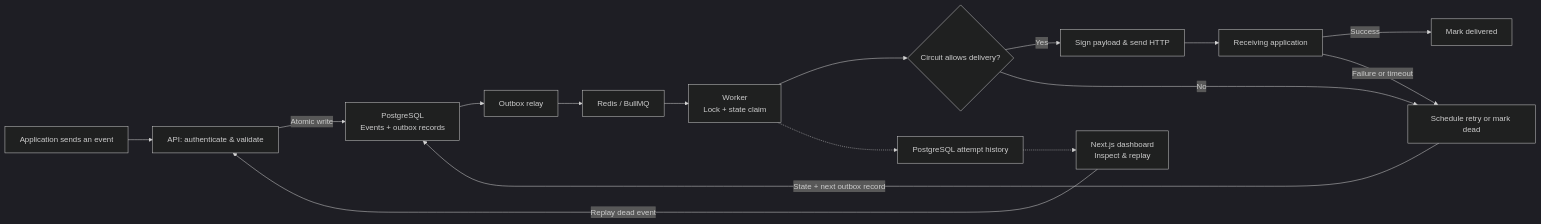
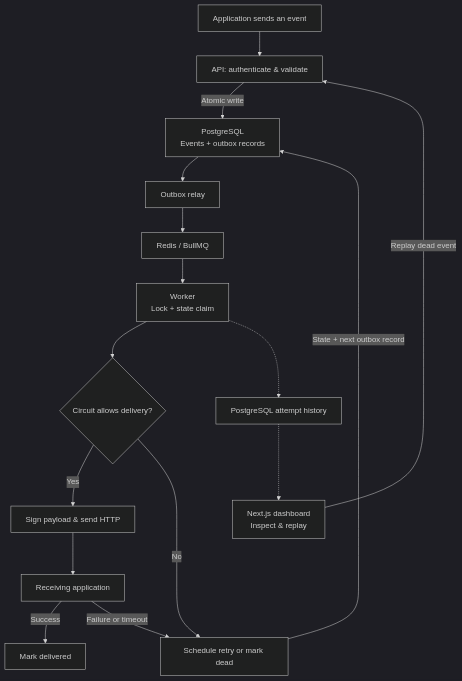
Before and after one commit to Lalithsha/ReHook: the diagram in README.md, drawn with Mermaid (dark theme). The commit also changed other lines of this file and 5 other files, not shown here.

Commit message:
docs: add readable delivery overview and expandable architecture

````diff
--- a/README.md
+++ b/README.md
@@ -107,18 +114,18 @@
 ```mermaid
-flowchart LR
+flowchart TD
     APP["Application sends an event"] --> API["API: authenticate & validate"]
     API -->|Atomic write| TX["PostgreSQL<br/>Events + outbox records"]
     TX --> RELAY["Outbox relay"]
     RELAY --> Q["Redis / BullMQ"]
     Q --> W["Worker<br/>Lock + state claim"]
     W --> CB{"Circuit allows delivery?"}
     CB -->|Yes| SEND["Sign payload & send HTTP"]
     SEND --> REC["Receiving application"]
     REC -->|Success| OK["Mark delivered"]
     REC -->|Failure or timeout| RETRY["Schedule retry or mark dead"]
     CB -->|No| RETRY
     RETRY -->|State + next outbox record| TX
     W -.-> AUDIT["PostgreSQL attempt history"]
     AUDIT -.-> UI["Next.js dashboard<br/>Inspect & replay"]
     UI -->|Replay dead event| API
 ```
````
